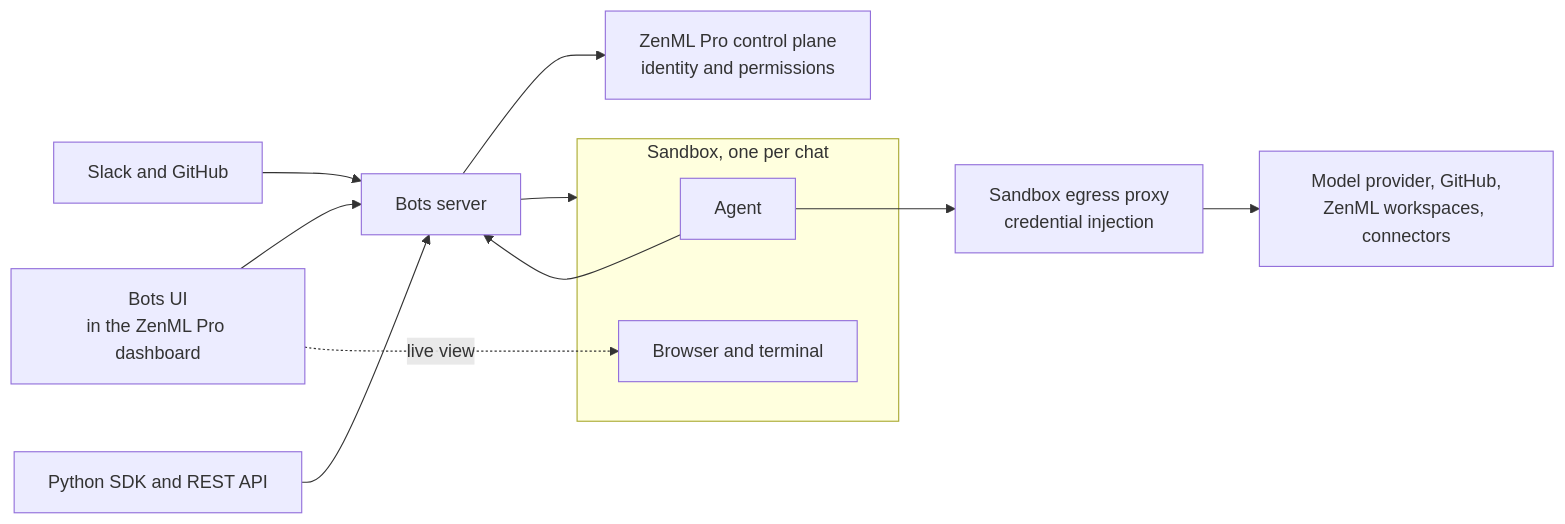
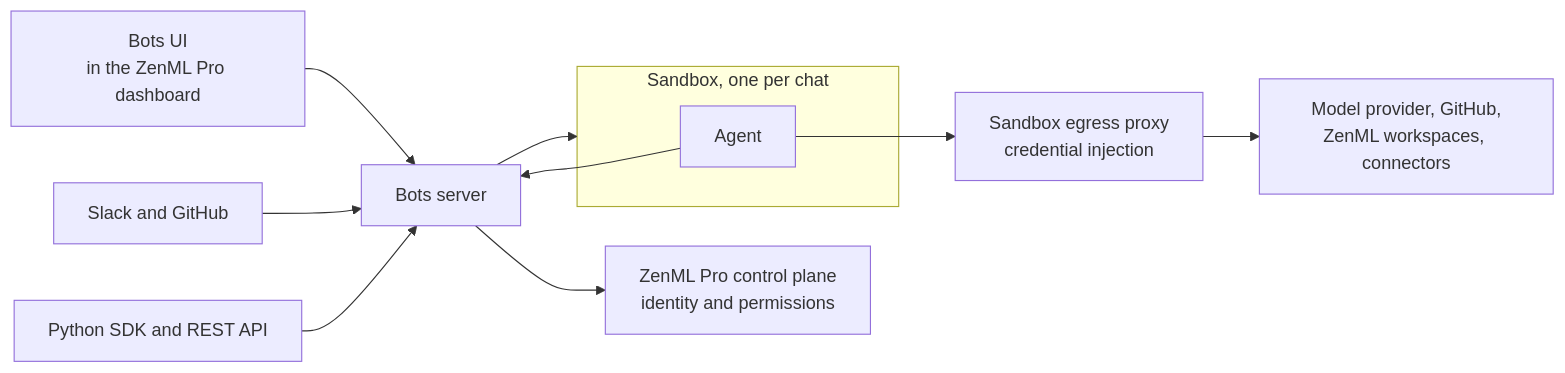
Before and after one commit to zenml-io/zenml: the diagram in docs/book/getting-started/zenml-pro/bots-system-architecture.md, drawn with Mermaid. The commit also changed other lines of this file and 3 other files, not shown here.

Commit message:
Remove the browser and terminal from the Bots docs and clarify GitHub access

````diff
--- a/docs/book/getting-started/zenml-pro/bots-system-architecture.md
+++ b/docs/book/getting-started/zenml-pro/bots-system-architecture.md
@@ -12,24 +12,22 @@
 ```mermaid
 flowchart LR
     UI[Bots UI<br/>in the ZenML Pro dashboard]
     Slack[Slack and GitHub]
     SDK[Python SDK and REST API]
     CP[ZenML Pro control plane<br/>identity and permissions]
     Server[Bots server]
     Proxy[Sandbox egress proxy<br/>credential injection]
     subgraph Sandbox[Sandbox, one per chat]
         Agent[Agent]
-        Desktop[Browser and terminal]
     end
     Ext[Model provider, GitHub,<br/>ZenML workspaces, connectors]
 
     UI --> Server
     Slack --> Server
     SDK --> Server
     Server --> CP
     Server --> Sandbox
     Agent --> Server
     Agent --> Proxy
     Proxy --> Ext
-    UI -. live view .-> Desktop
 ```
````
